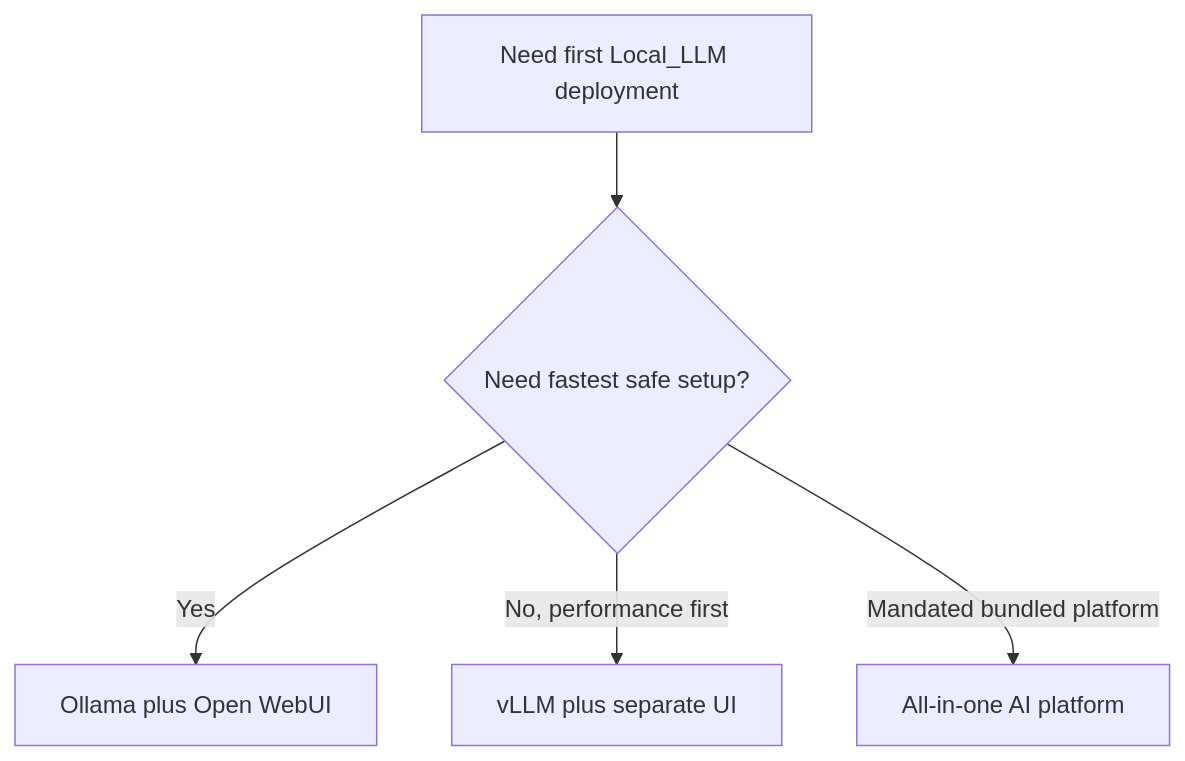
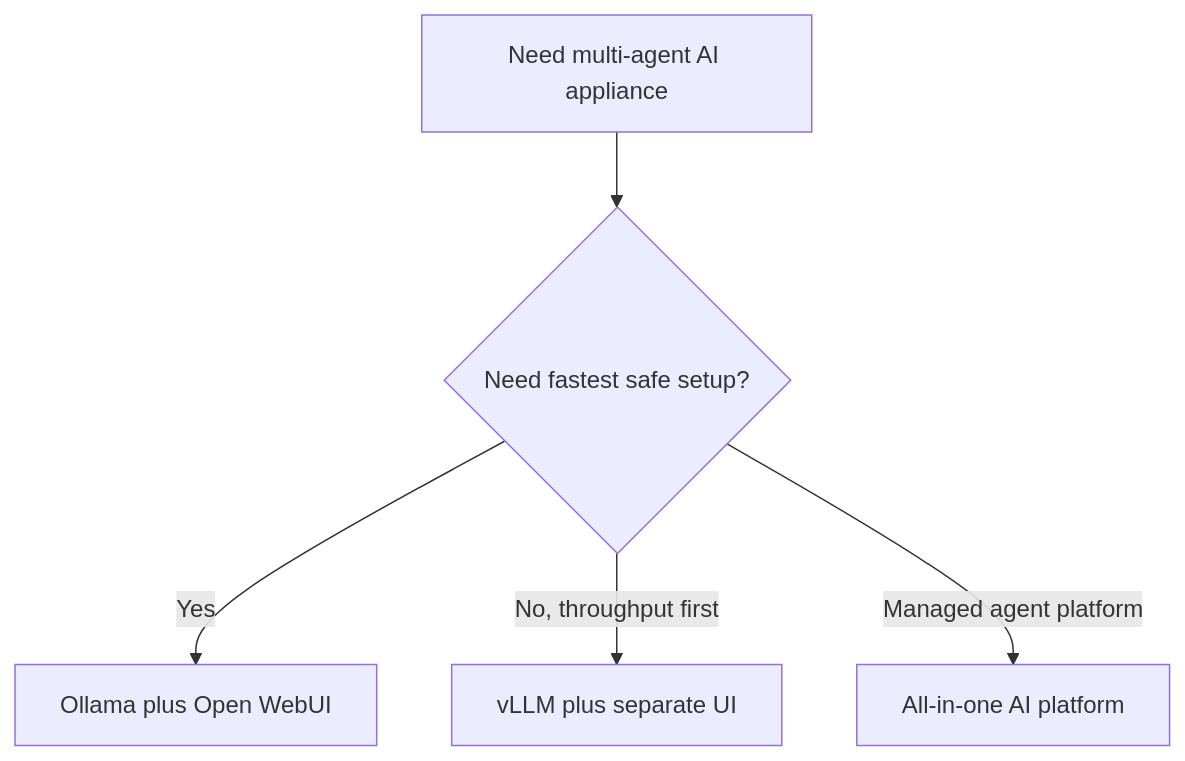
Before and after one commit to DanD-2/Local_Skippy: the diagram in docs/architecture-options.md, drawn with Mermaid. The commit also changed other lines of this file and 31 other files, not shown here.

First line of the commit message:
refactor: align repo to dedicated multi-agent AI server direction

````diff
--- a/docs/architecture-options.md
+++ b/docs/architecture-options.md
@@ -21,7 +21,7 @@
 ```mermaid
 flowchart TD
-	A[Need first Local_LLM deployment] --> B{Need fastest safe setup?}
-	B -->|Yes| C[Ollama plus Open WebUI]
-	B -->|No, performance first| D[vLLM plus separate UI]
-	B -->|Mandated bundled platform| E[All-in-one AI platform]
+    A[Need multi-agent AI appliance] --> B{Need fastest safe setup?}
+    B -->|Yes| C[Ollama plus Open WebUI]
+    B -->|No, throughput first| D[vLLM plus separate UI]
+    B -->|Managed agent platform| E[All-in-one AI platform]
 ```
````
